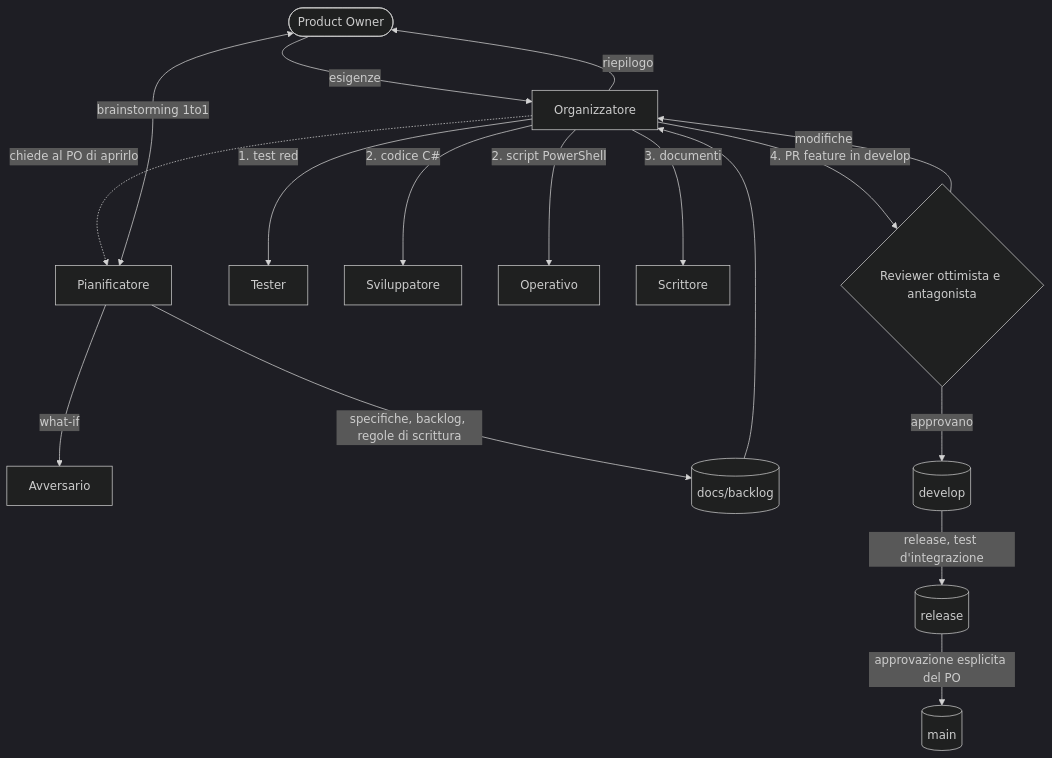
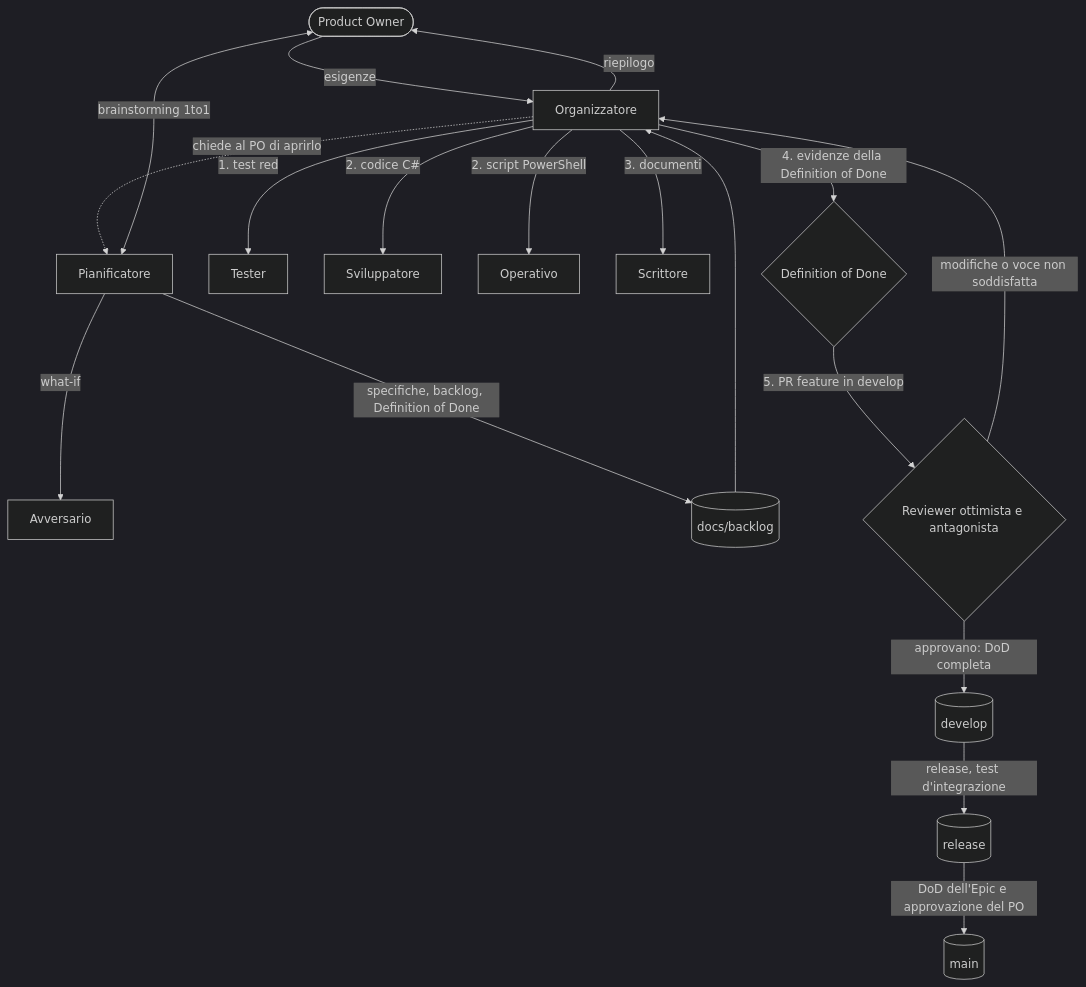
The diagram in examples/agents/docs/team/workflow.md (giulianolatini/WPC2026), drawn with Mermaid (dark theme) before and after one commit. The commit also changed other lines of this file and 12 other files, not shown here.

First line of the commit message:
feat(examples): make the Definition of Done the completion rule of the team

````diff
--- a/examples/agents/docs/team/workflow.md
+++ b/examples/agents/docs/team/workflow.md
@@ -21,19 +21,20 @@
 ```mermaid
 flowchart TD
     PO([Product Owner]) -->|esigenze| ORG[Organizzatore]
     ORG -.->|chiede al PO di aprirlo| PIA[Pianificatore]
     PO <-->|brainstorming 1to1| PIA
     PIA -->|what-if| AVV[Avversario]
-    PIA -->|specifiche, backlog, regole di scrittura| BL[(docs/backlog)]
+    PIA -->|specifiche, backlog, Definition of Done| BL[(docs/backlog)]
     BL --> ORG
     ORG -->|1. test red| TES[Tester]
     ORG -->|2. codice C#| SVI[Sviluppatore]
     ORG -->|2. script PowerShell| OPE[Operativo]
     ORG -->|3. documenti| SCR[Scrittore]
-    ORG -->|4. PR feature in develop| REV{Reviewer ottimista e antagonista}
-    REV -->|approvano| DEV[(develop)]
-    REV -->|modifiche| ORG
+    ORG -->|4. evidenze della Definition of Done| DOD{Definition of Done}
+    DOD -->|5. PR feature in develop| REV{Reviewer ottimista e antagonista}
+    REV -->|approvano: DoD completa| DEV[(develop)]
+    REV -->|modifiche o voce non soddisfatta| ORG
     DEV -->|release, test d'integrazione| REL[(release)]
-    REL -->|approvazione esplicita del PO| MAIN[(main)]
+    REL -->|DoD dell'Epic e approvazione del PO| MAIN[(main)]
     ORG -->|riepilogo| PO
 ```
````
